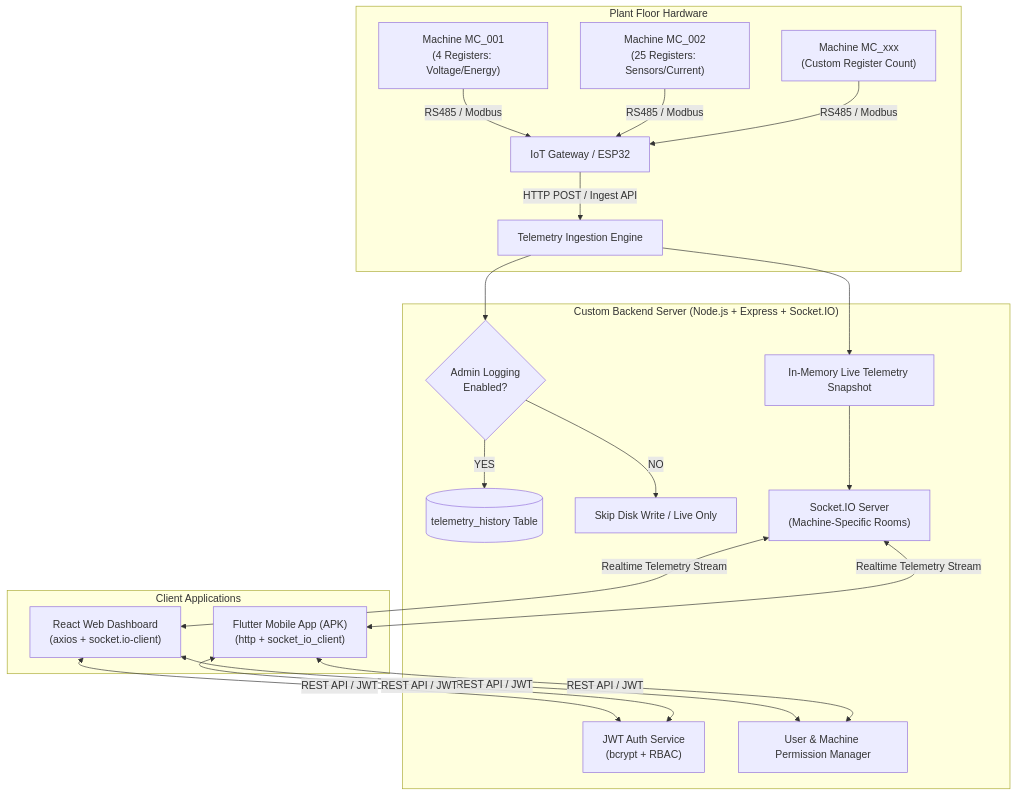
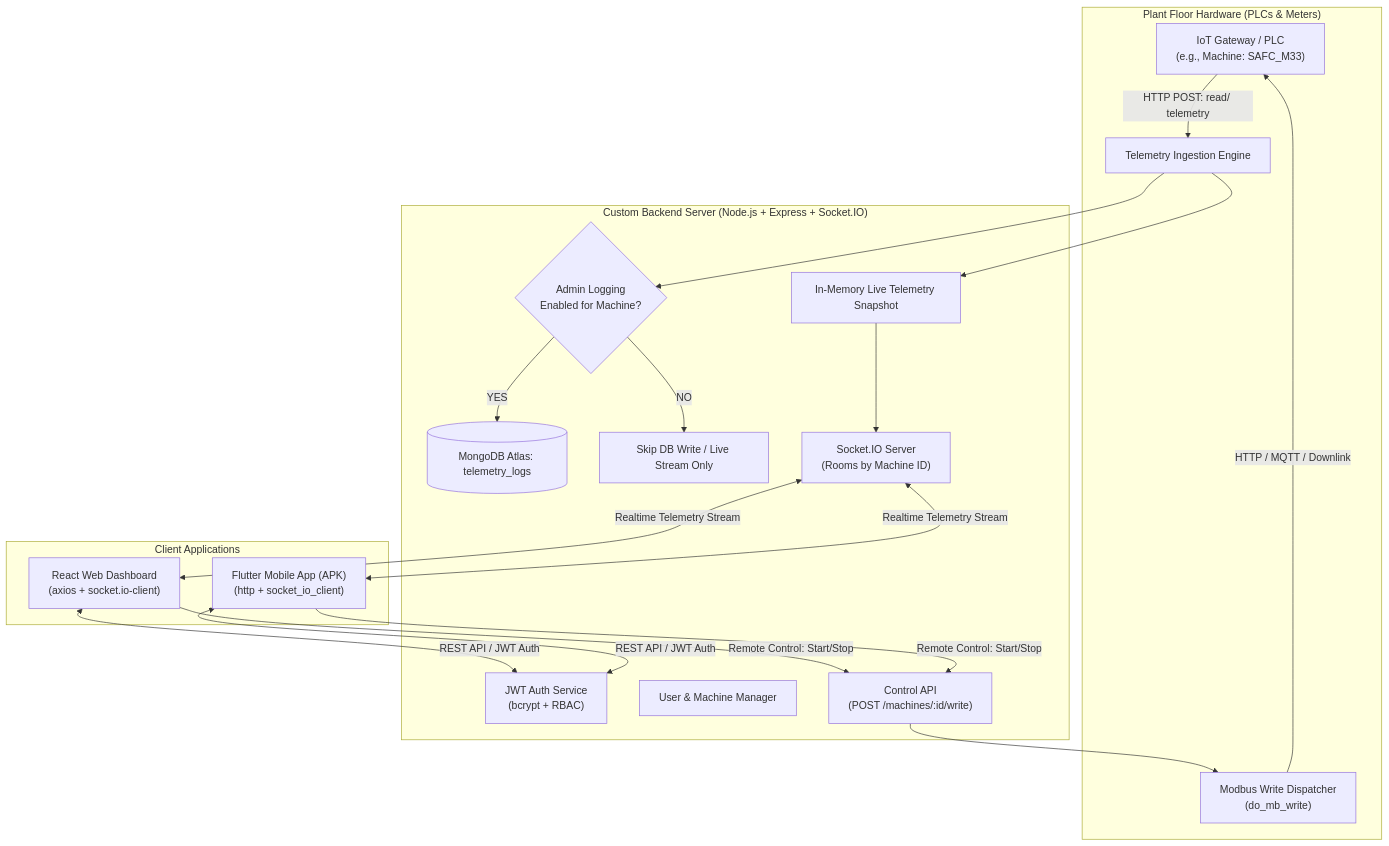
Before and after one commit to tapgit-web/Power: the first of 2 diagrams in IMPLEMENTATION_PLAN.md, drawn with Mermaid. The commit also changed other lines of this file, not shown here.

Commit message:
Update Implementation Plan with MongoDB Atlas schema and SAFC_M33 read/write protocol

````diff
--- a/IMPLEMENTATION_PLAN.md
+++ b/IMPLEMENTATION_PLAN.md
@@ -9,34 +9,34 @@
 ```mermaid
 flowchart TD
-    subgraph Plant ["Plant Floor Hardware"]
-        M1["Machine MC_001\n(4 Registers: Voltage/Energy)"] -->|RS485 / Modbus| GW["IoT Gateway / ESP32"]
-        M2["Machine MC_002\n(25 Registers: Sensors/Current)"] -->|RS485 / Modbus| GW
-        Mn["Machine MC_xxx\n(Custom Register Count)"] -->|RS485 / Modbus| GW
-        GW -->|HTTP POST / Ingest API| Ingest["Telemetry Ingestion Engine"]
+    subgraph Plant ["Plant Floor Hardware (PLCs & Meters)"]
+        GW["IoT Gateway / PLC\n(e.g., Machine: SAFC_M33)"]
+        GW -->|HTTP POST: read/ telemetry| Ingest["Telemetry Ingestion Engine"]
+        WriteQueue["Modbus Write Dispatcher\n(do_mb_write)"] -->|HTTP / MQTT / Downlink| GW
     end
 
     subgraph Backend ["Custom Backend Server (Node.js + Express + Socket.IO)"]
         Ingest --> Cache["In-Memory Live Telemetry Snapshot"]
-        Ingest --> LogSwitch{"Admin Logging\nEnabled?"}
-        LogSwitch -->|YES| DBLog[(telemetry_history Table)]
-        LogSwitch -->|NO| Skip[Skip Disk Write / Live Only]
+        Ingest --> LogSwitch{"Admin Logging\nEnabled for Machine?"}
+        LogSwitch -->|YES| AtlasLogs[(MongoDB Atlas: telemetry_logs)]
+        LogSwitch -->|NO| Skip[Skip DB Write / Live Stream Only]
         
         Auth["JWT Auth Service\n(bcrypt + RBAC)"]
-        UserMgmt["User & Machine Permission Manager"]
-        Sockets["Socket.IO Server\n(Machine-Specific Rooms)"]
+        UserMgmt["User & Machine Manager"]
+        Sockets["Socket.IO Server\n(Rooms by Machine ID)"]
         
         Cache --> Sockets
+        ControlAPI["Control API\n(POST /machines/:id/write)"] --> WriteQueue
     end
 
     subgraph Clients ["Client Applications"]
         Web["React Web Dashboard\n(axios + socket.io-client)"]
         Flutter["Flutter Mobile App (APK)\n(http + socket_io_client)"]
     end
 
     Sockets <-->|Realtime Telemetry Stream| Web
     Sockets <-->|Realtime Telemetry Stream| Flutter
-    Web <-->|REST API / JWT| Auth
-    Web <-->|REST API / JWT| UserMgmt
-    Flutter <-->|REST API / JWT| Auth
-    Flutter <-->|REST API / JWT| UserMgmt
+    Web <-->|REST API / JWT Auth| Auth
+    Flutter <-->|REST API / JWT Auth| Auth
+    Web -->|Remote Control: Start/Stop| ControlAPI
+    Flutter -->|Remote Control: Start/Stop| ControlAPI
 ```
````
